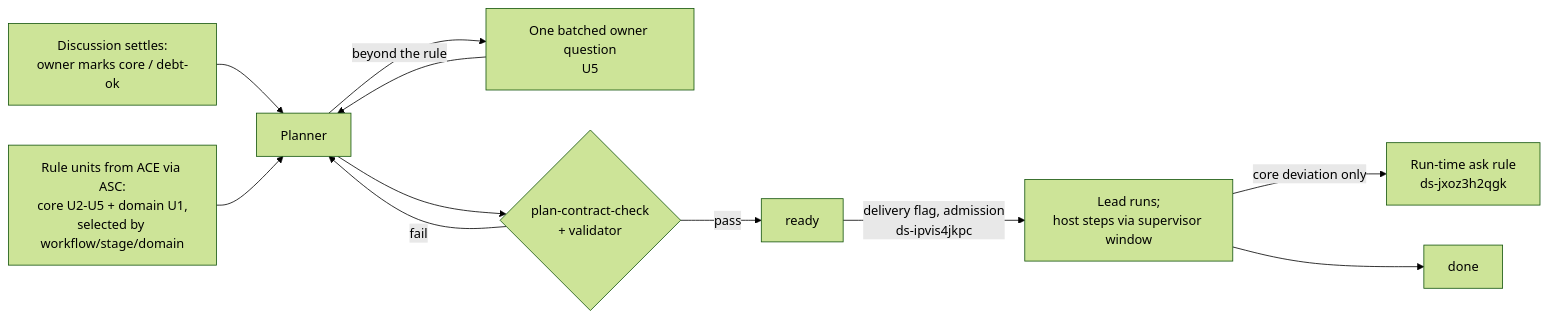
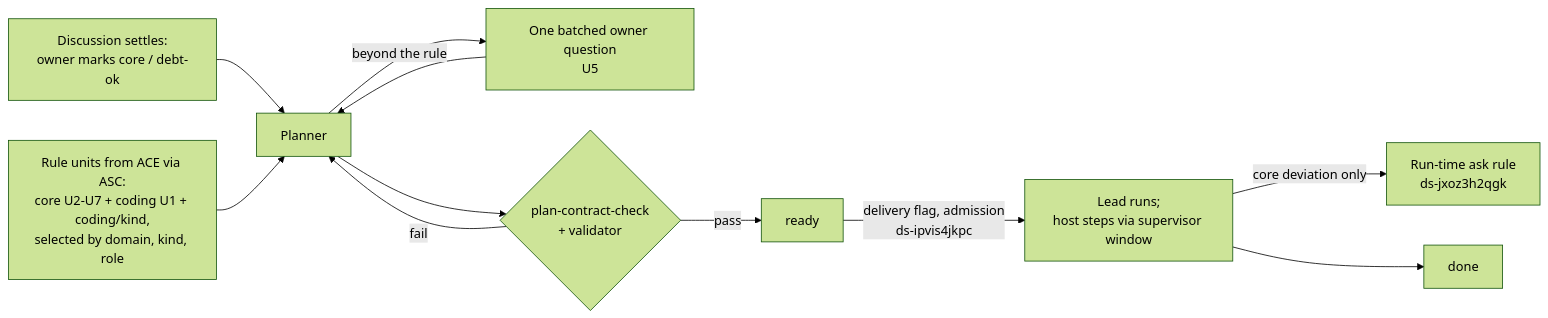
Before and after one commit to vantt/forgent: the diagram in plans/discussions/ds-que32ftgg6-ready-plan-runs-unattended/DISCUSSION.md, drawn with Mermaid (forest theme). The commit also changed other lines of this file, not shown here.

Commit message:
discussion(ready-plan-runs-unattended): key rule units by domain and work kind, audience by role

````diff
--- a/plans/discussions/ds-que32ftgg6-ready-plan-runs-unattended/DISCUSSION.md
+++ b/plans/discussions/ds-que32ftgg6-ready-plan-runs-unattended/DISCUSSION.md
@@ -169,13 +174,13 @@
 ```mermaid
 flowchart LR
   D[Discussion settles:<br/>owner marks core / debt-ok] --> P[Planner]
-  L[Rule units from ACE via ASC:<br/>core U2-U5 + domain U1,<br/>selected by workflow/stage/domain] --> P
+  L[Rule units from ACE via ASC:<br/>core U2-U7 + coding U1 + coding/kind,<br/>selected by domain, kind, role] --> P
   P -->|beyond the rule| Q[One batched owner question<br/>U5]
   Q --> P
   P --> C{plan-contract-check<br/>+ validator}
   C -->|pass| R[ready]
   C -->|fail| P
   R -->|delivery flag, admission<br/>ds-ipvis4jkpc| RUN[Lead runs;<br/>host steps via supervisor window]
   RUN -->|core deviation only| ASK[Run-time ask rule<br/>ds-jxoz3h2qgk]
   RUN --> DONE[done]
 ```
````
